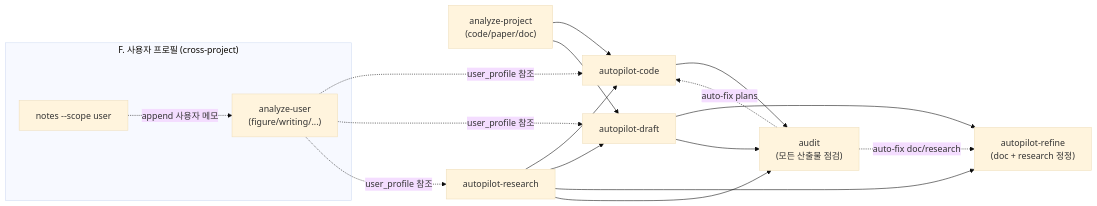
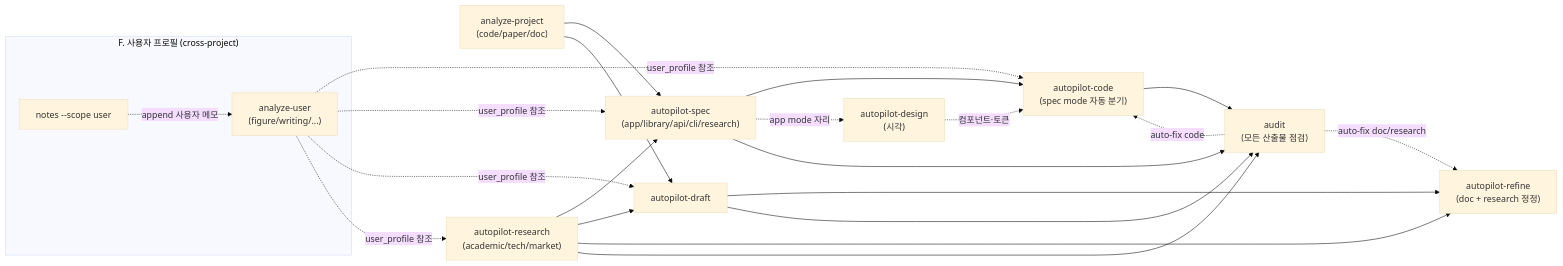
The first of 2 diagrams in README.md (dmlguq456/agent_setting), drawn with Mermaid (base theme) before and after one commit. The commit also changed other lines of this file and 14 other files, not shown here.

First line of the commit message:
fix(rename): autopilot-app → autopilot-spec 전체 repo 일관성

````diff
--- a/README.md
+++ b/README.md
@@ -13,28 +13,35 @@
 ```mermaid
 flowchart LR
     subgraph UP["F. 사용자 프로필 (cross-project)"]
         AU["analyze-user<br/>(figure/writing/...)"]
         NT["notes --scope user"]
     end
     ANA["analyze-project<br/>(code/paper/doc)"]
-    RES["autopilot-research"]
-    CODE["autopilot-code"]
+    RES["autopilot-research<br/>(academic/tech/market)"]
+    SPEC["autopilot-spec<br/>(app/library/api/cli/research)"]
+    CODE["autopilot-code<br/>(spec mode 자동 분기)"]
     DOC["autopilot-draft"]
+    DES["autopilot-design<br/>(시각)"]
     REF["autopilot-refine<br/>(doc + research 정정)"]
     AUD["audit<br/>(모든 산출물 점검)"]
-    ANA --> CODE
+    ANA --> SPEC
     ANA --> DOC
-    RES --> CODE
+    RES --> SPEC
     RES --> DOC
     RES --> REF
+    SPEC --> CODE
+    SPEC -.->|app mode 자리| DES
+    DES -.->|컴포넌트·토큰| CODE
     DOC --> REF
     RES --> AUD
     DOC --> AUD
     CODE --> AUD
+    SPEC --> AUD
     AUD -.->|auto-fix doc/research| REF
-    AUD -.->|auto-fix plans| CODE
+    AUD -.->|auto-fix code| CODE
     AU -.->|user_profile 참조| CODE
+    AU -.->|user_profile 참조| SPEC
     AU -.->|user_profile 참조| DOC
     AU -.->|user_profile 참조| RES
     NT -.->|append 사용자 메모| AU
 ```
````
